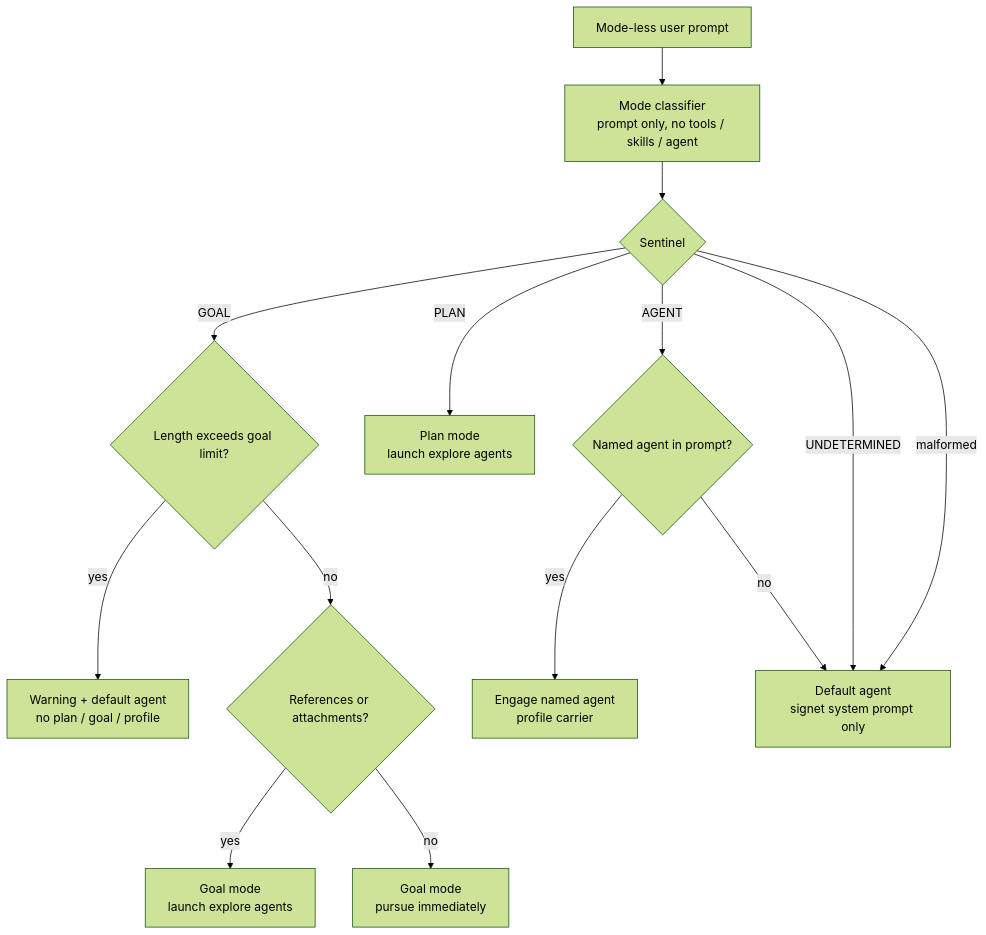
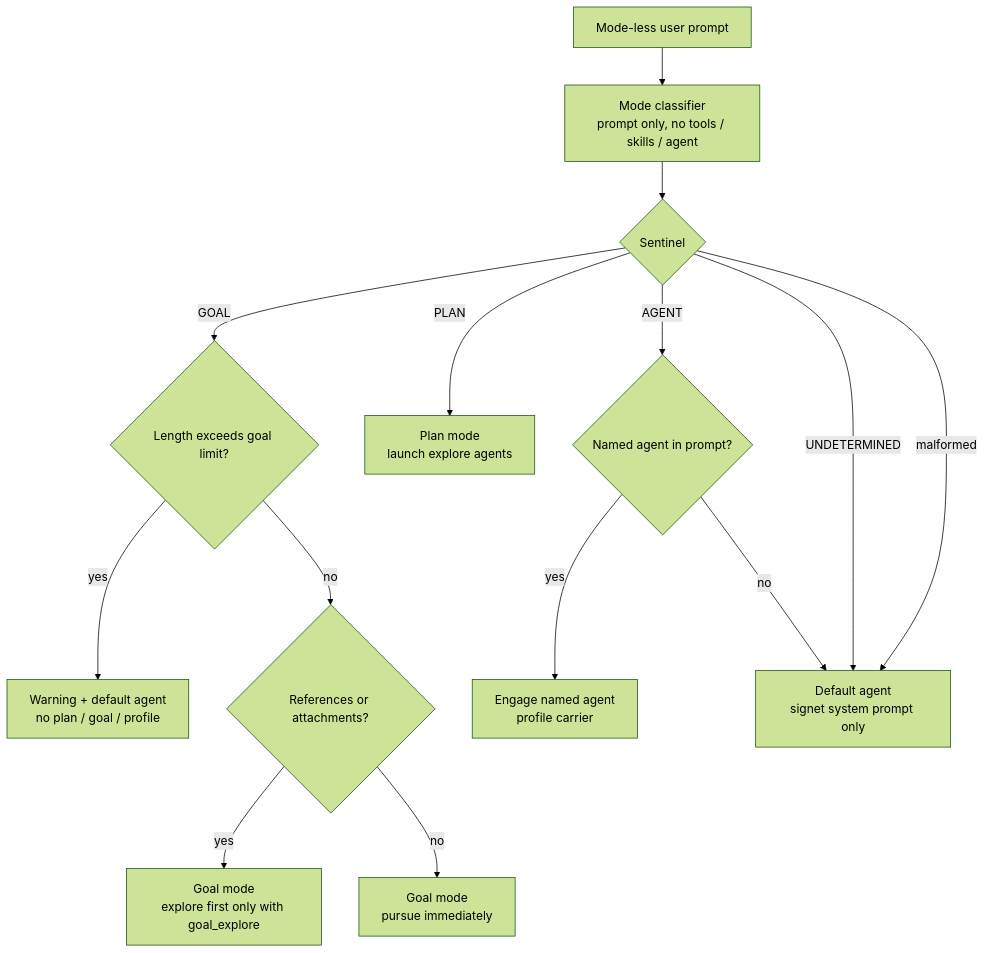
Before and after one commit to Vulnetix/belai: the sixth of 9 diagrams in docs/role-manager.md, drawn with Mermaid (forest theme). The commit also changed other lines of this file and 13 other files, not shown here.

First line of the commit message:
perf(agent): stop the explore phase holding the first pass back

````diff
--- a/docs/role-manager.md
+++ b/docs/role-manager.md
@@ -1061,16 +1061,16 @@
 ```mermaid
 flowchart TD
     Prompt[Mode-less user prompt] --> Cls[Mode classifier<br/>prompt only, no tools / skills / agent]
     Cls --> S{Sentinel}
     S -->|GOAL| Len{Length exceeds goal limit?}
     Len -->|yes| WarnAgent[Warning + default agent<br/>no plan / goal / profile]
     Len -->|no| Ref{References or attachments?}
-    Ref -->|yes| GoalExplore[Goal mode<br/>launch explore agents]
+    Ref -->|yes| GoalExplore[Goal mode<br/>explore first only with goal_explore]
     Ref -->|no| GoalPursue[Goal mode<br/>pursue immediately]
     S -->|PLAN| PlanExplore[Plan mode<br/>launch explore agents]
     S -->|AGENT| Named{Named agent in prompt?}
     Named -->|yes| Engage[Engage named agent<br/>profile carrier]
     Named -->|no| DefaultAgent[Default agent<br/>signet system prompt only]
     S -->|UNDETERMINED| DefaultAgent
     S -->|malformed| DefaultAgent
 ```
````
